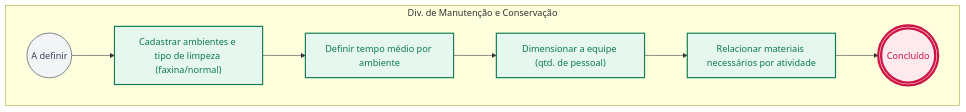
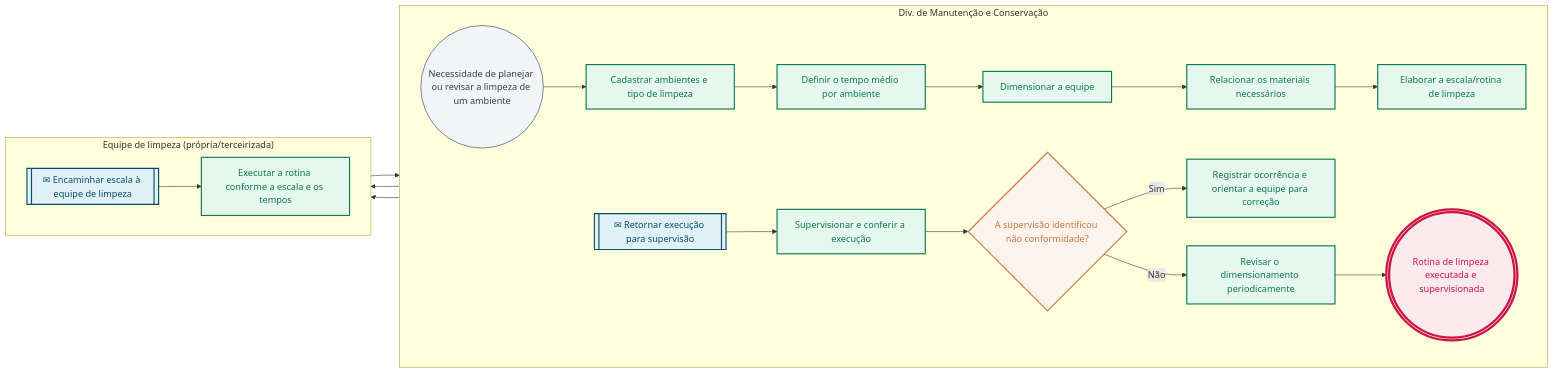
One commit to jessefers/canvas-vivo-atdg changed the second of 2 diagrams in pops/DMC/DMC-00.md. Above: the diagram before and after it, drawn with Mermaid. The commit also changed other lines of this file and 3 other files, not shown here.

````diff
--- a/pops/DMC/DMC-00.md
+++ b/pops/DMC/DMC-00.md
@@ -119,26 +152,48 @@
 ```mermaid
 flowchart LR
   subgraph R1["Div. de Manutenção e Conservação"]
     direction LR
-    e1(("A definir"))
-    e2["Cadastrar ambientes e tipo de limpeza (faxina/normal)"]
-    e3["Definir tempo médio por ambiente"]
-    e4["Dimensionar a equipe (qtd. de pessoal)"]
-    e5["Relacionar materiais necessários por atividade"]
-    e6((("Concluído")))
+    e1(("Necessidade de planejar ou revisar a limpeza de um ambiente"))
+    e2["Cadastrar ambientes e tipo de limpeza"]
+    e3["Definir o tempo médio por ambiente"]
+    e4["Dimensionar a equipe"]
+    e5["Relacionar os materiais necessários"]
+    e6["Elaborar a escala/rotina de limpeza"]
+    e9[["✉ Retornar execução para supervisão"]]
+    e10["Supervisionar e conferir a execução"]
+    e11{"A supervisão identificou não conformidade?"}
+    e12["Registrar ocorrência e orientar a equipe para correção"]
+    e13["Revisar o dimensionamento periodicamente"]
+    e14((("Rotina de limpeza executada e supervisionada")))
+  end
+  subgraph R2["Equipe de limpeza (própria/terceirizada)"]
+    direction LR
+    e7[["✉ Encaminhar escala à equipe de limpeza"]]
+    e8["Executar a rotina conforme a escala e os tempos"]
   end
   e1 --> e2
   e2 --> e3
   e3 --> e4
   e4 --> e5
   e5 --> e6
+  e6 --> e7
+  e7 --> e8
+  e8 --> e9
+  e9 --> e10
+  e10 --> e11
+  e11 -- Sim --> e12
+  e12 --> e8
+  e11 -- Não --> e13
+  e13 --> e14
   classDef inicio fill:#f3f4f6,stroke:#6b7280,stroke-width:1.5px,color:#374151
   classDef atividade fill:#E6F7F0,stroke:#0B7A4E,stroke-width:2px,color:#0B7A4E
   classDef decisao fill:#FFF4ED,stroke:#C9783A,stroke-width:2px,color:#C9783A
   classDef fim fill:#FDEAEE,stroke:#CC1544,stroke-width:4px,color:#CC1544
   classDef pausa fill:#FDEAEE,stroke:#CC1544,stroke-width:2px,color:#CC1544
   classDef captura fill:#E0F2F8,stroke:#0B4D66,stroke-width:2px,color:#0B4D66
   class e1 inicio
-  class e2,e3,e4,e5 atividade
-  class e6 fim
+  class e2,e3,e4,e5,e6,e8,e10,e12,e13 atividade
+  class e7,e9 captura
+  class e11 decisao
+  class e14 fim
 ```
````
